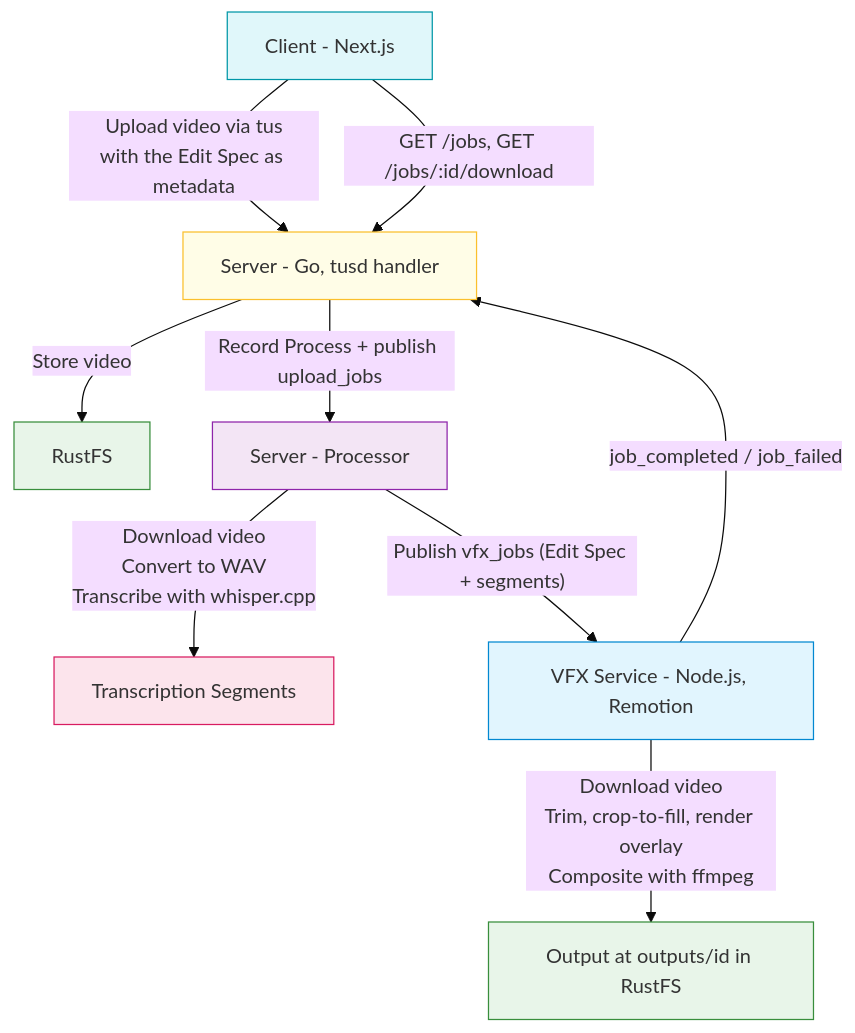
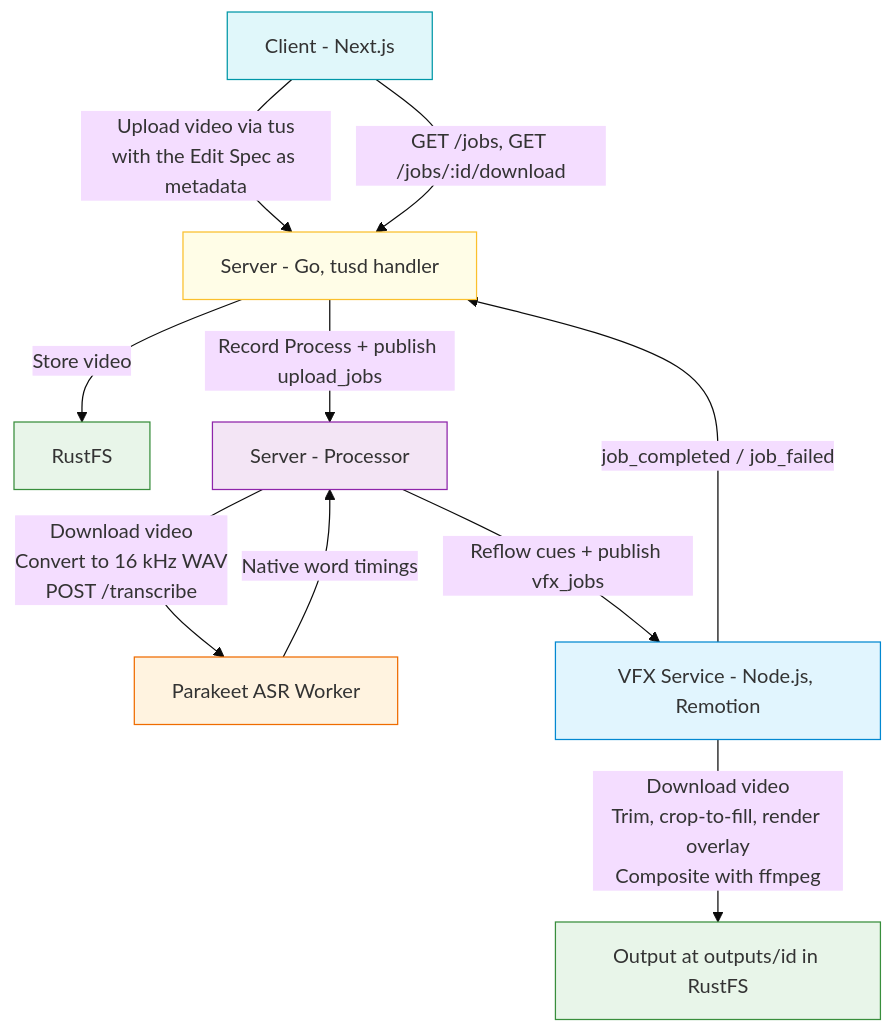
One commit to rubichandrap/subvision changed the diagram in README.md. Above: the diagram before and after it, drawn with Mermaid (base theme). The commit also changed other lines of this file and 43 other files, not shown here.

First line of the commit message:
Adopt Parakeet as the only transcription path

````diff
--- a/README.md
+++ b/README.md
@@ -38,19 +39,20 @@
 ```mermaid
 flowchart TD
     A[Client - Next.js] -- Upload video via tus<br>with the Edit Spec as metadata --> B[Server - Go, tusd handler]
     B -- Store video --> C[RustFS]
     B -- Record Process + publish upload_jobs --> D[Server - Processor]
-    D -- Download video<br>Convert to WAV<br>Transcribe with whisper.cpp --> F[Transcription Segments]
-    D -- Publish vfx_jobs (Edit Spec + segments) --> G[VFX Service - Node.js, Remotion]
+    D -- Download video<br>Convert to 16 kHz WAV<br>POST /transcribe --> E[Parakeet ASR Worker]
+    E -- Native word timings --> D
+    D -- Reflow cues + publish vfx_jobs --> G[VFX Service - Node.js, Remotion]
     G -- Download video<br>Trim, crop-to-fill, render overlay<br>Composite with ffmpeg --> H[Output at outputs/id in RustFS]
     G -- job_completed / job_failed --> B
     A -- GET /jobs, GET /jobs/:id/download --> B
 
     style A fill:#e0f7fa,stroke:#0097a7
     style B fill:#fffde7,stroke:#fbc02d
     style C fill:#e8f5e9,stroke:#388e3c
     style D fill:#f3e5f5,stroke:#8e24aa
-    style F fill:#fce4ec,stroke:#d81b60
+    style E fill:#fff3e0,stroke:#ef6c00
     style G fill:#e1f5fe,stroke:#0288d1
     style H fill:#e8f5e9,stroke:#388e3c
 ```
````
